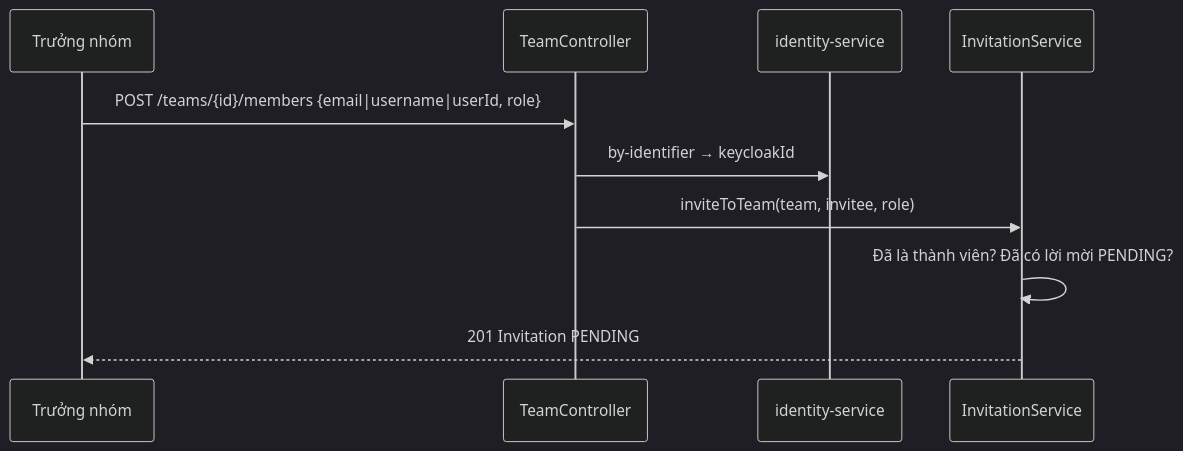
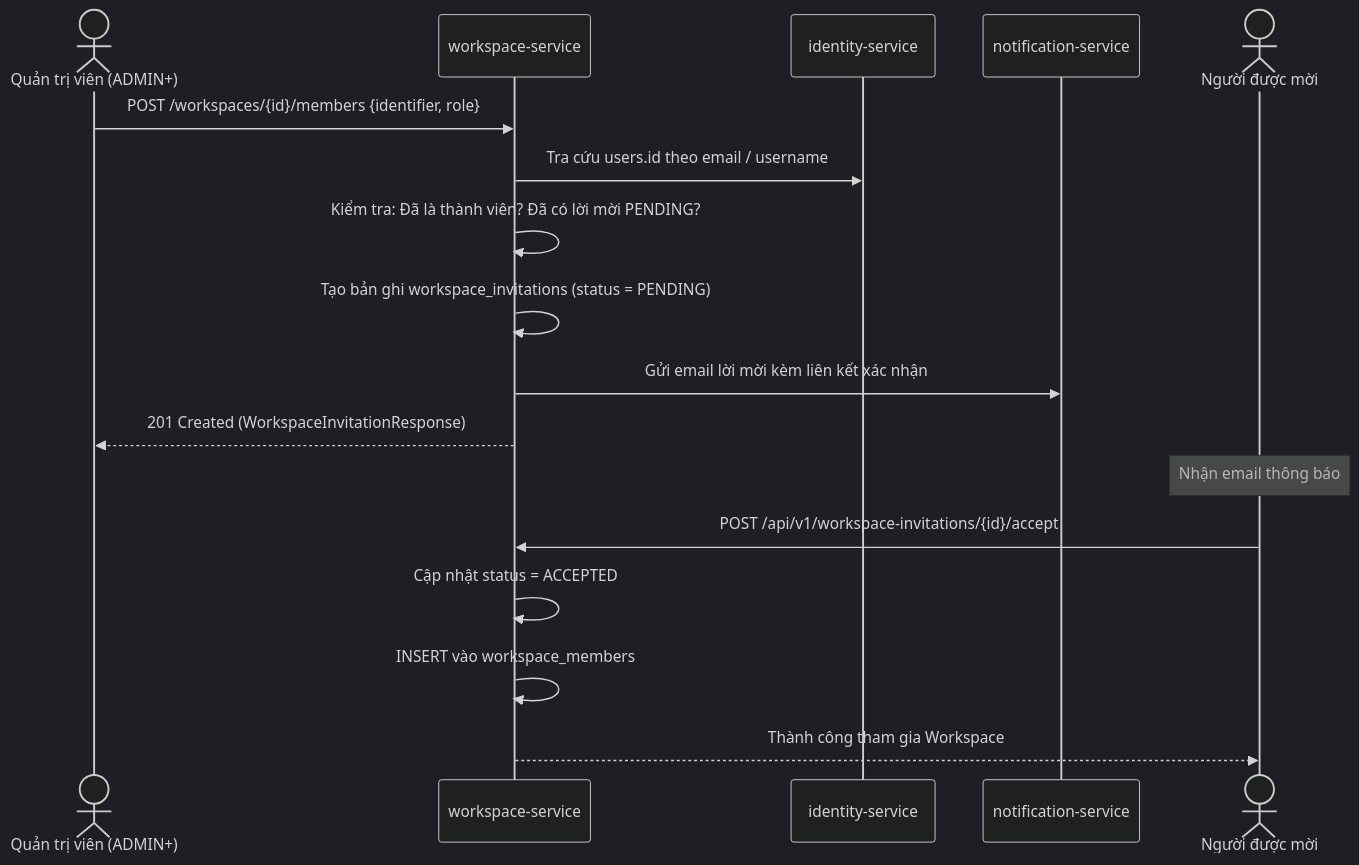
One commit to Hecker-Chuoi/DATN-2026 changed the second of 6 diagrams in formal_doc/03_NGHIEP_VU_WORKSPACE_TEAM_MEMBER.md. Above: the diagram before and after it, drawn with Mermaid (dark theme). The commit also changed other lines of this file and 60 other files, not shown here.

````diff
--- a/formal_doc/03_NGHIEP_VU_WORKSPACE_TEAM_MEMBER.md
+++ b/formal_doc/03_NGHIEP_VU_WORKSPACE_TEAM_MEMBER.md
@@ -200,12 +87,19 @@
 ```mermaid
 sequenceDiagram
-    participant L as Trưởng nhóm
-    participant TC as TeamController
+    actor A as Quản trị viên (ADMIN+)
+    participant WS as workspace-service
     participant ID as identity-service
-    participant IS as InvitationService
-    L->>TC: POST /teams/{id}/members {email|username|userId, role}
-    TC->>ID: by-identifier → keycloakId
-    TC->>IS: inviteToTeam(team, invitee, role)
-    IS->>IS: Đã là thành viên? Đã có lời mời PENDING?
-    IS-->>L: 201 Invitation PENDING
+    participant NS as notification-service
+    actor B as Người được mời
+    A->>WS: POST /workspaces/{id}/members {identifier, role}
+    WS->>ID: Tra cứu users.id theo email / username
+    WS->>WS: Kiểm tra: Đã là thành viên? Đã có lời mời PENDING?
+    WS->>WS: Tạo bản ghi workspace_invitations (status = PENDING)
+    WS->>NS: Gửi email lời mời kèm liên kết xác nhận
+    WS-->>A: 201 Created (WorkspaceInvitationResponse)
+    Note over B: Nhận email thông báo
+    B->>WS: POST /api/v1/workspace-invitations/{id}/accept
+    WS->>WS: Cập nhật status = ACCEPTED
+    WS->>WS: INSERT vào workspace_members
+    WS-->>B: Thành công tham gia Workspace
 ```
````
